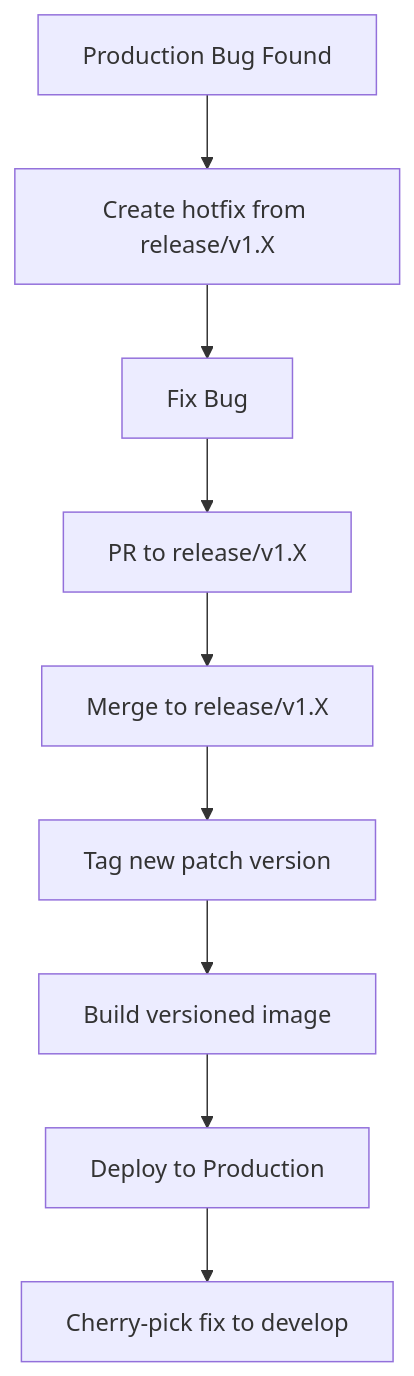
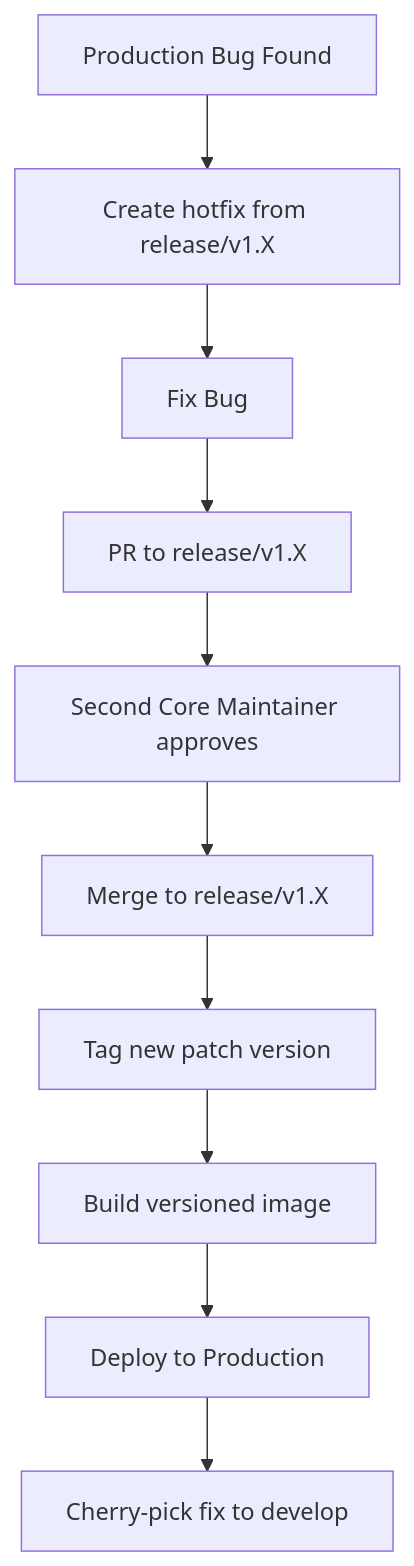
The second of 2 diagrams in docs/DEPLOYMENT_WORKFLOW.md (eneo-ai/eneo), drawn with Mermaid before and after one commit. The commit also changed other lines of this file and 15 other files, not shown here.

````diff
--- a/docs/DEPLOYMENT_WORKFLOW.md
+++ b/docs/DEPLOYMENT_WORKFLOW.md
@@ -202,11 +204,12 @@
 ```mermaid
 flowchart TB
     A[Production Bug Found] --> B[Create hotfix from release/v1.X]
     B --> C[Fix Bug]
     C --> D[PR to release/v1.X]
-    D --> E[Merge to release/v1.X]
+    D --> D2[Second Core Maintainer approves]
+    D2 --> E[Merge to release/v1.X]
     E --> F[Tag new patch version]
     F --> G[Build versioned image]
     G --> H[Deploy to Production]
     H --> I[Cherry-pick fix to develop]
 ```
````
